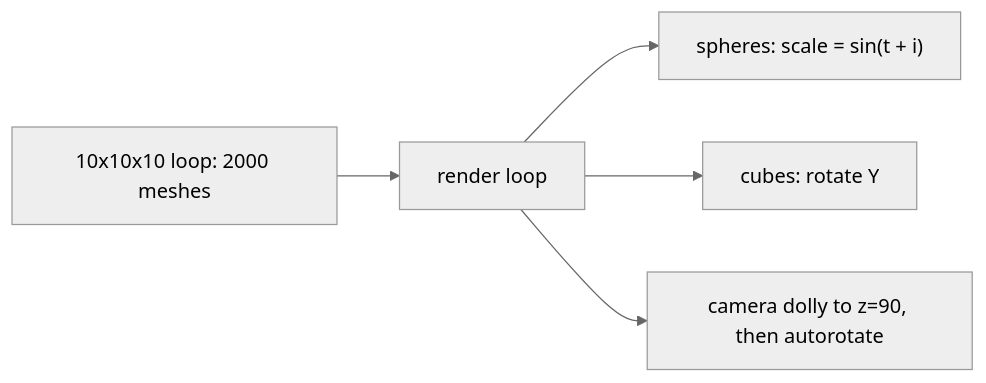
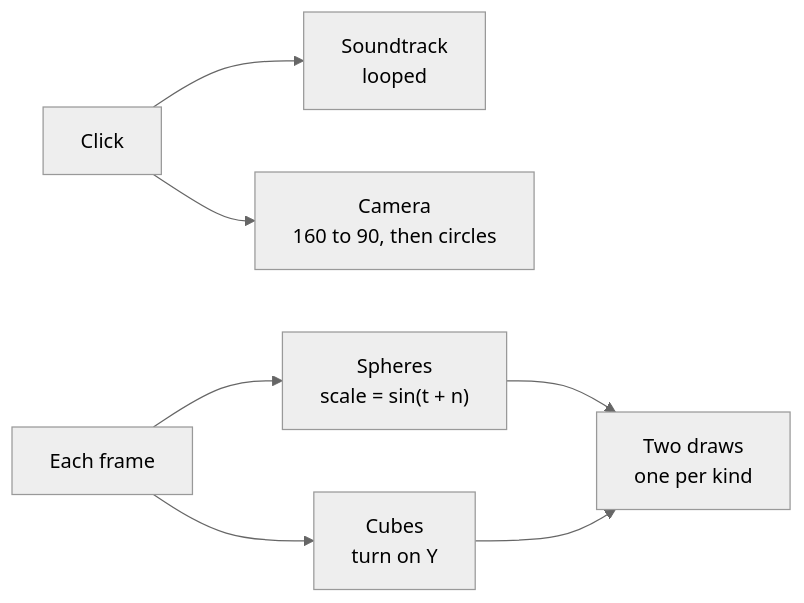
Before and after one commit to aenoriss/awakening: the diagram in README.md, drawn with Mermaid (neutral theme). The commit also changed other lines of this file and 11194 other files, not shown here.

````diff
--- a/README.md
+++ b/README.md
@@ -24,7 +17,9 @@
 ```mermaid
 flowchart LR
-  L[10x10x10 loop: 2000 meshes] --> R[render loop]
-  R --> S["spheres: scale = sin(t + i)"]
-  R --> C[cubes: rotate Y]
-  R --> CAM[camera dolly to z=90, then autorotate]
+  G[Click] --> S[Soundtrack<br/>looped]
+  G --> C[Camera<br/>160 to 90, then circles]
+  F[Each frame] --> SP["Spheres<br/>scale = sin(t + n)"]
+  F --> CU[Cubes<br/>turn on Y]
+  SP --> D[Two draws<br/>one per kind]
+  CU --> D
 ```
````
